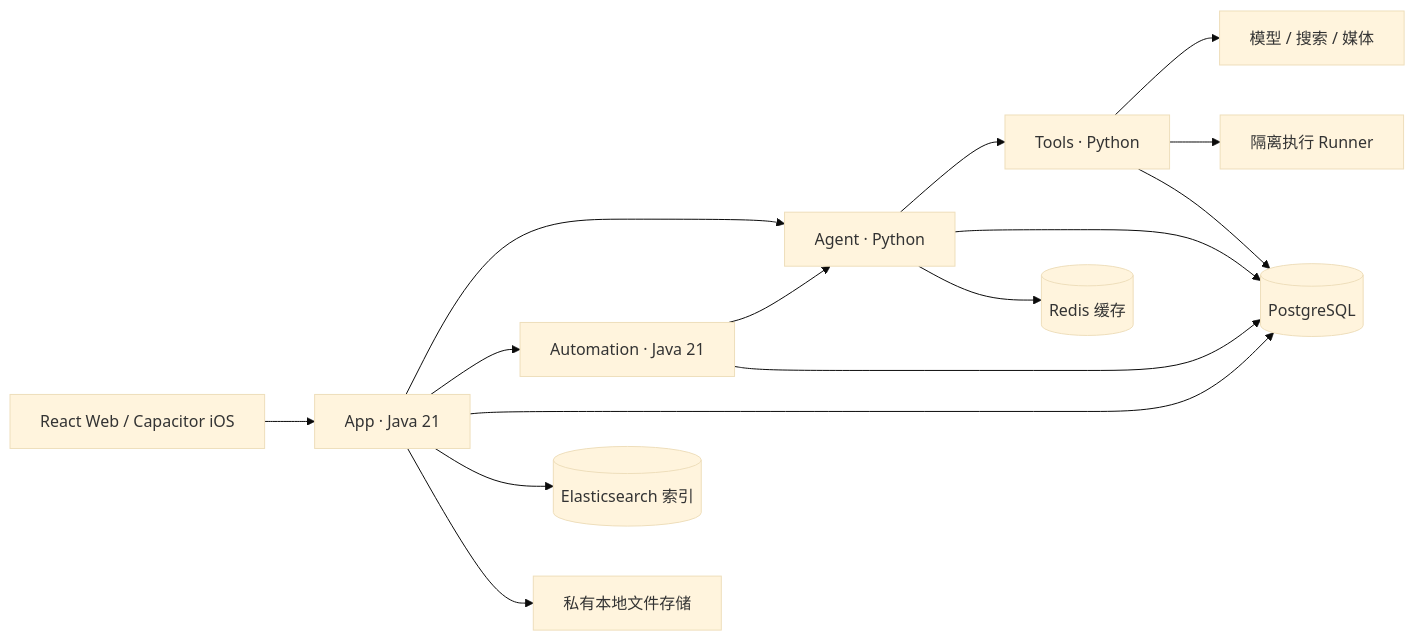
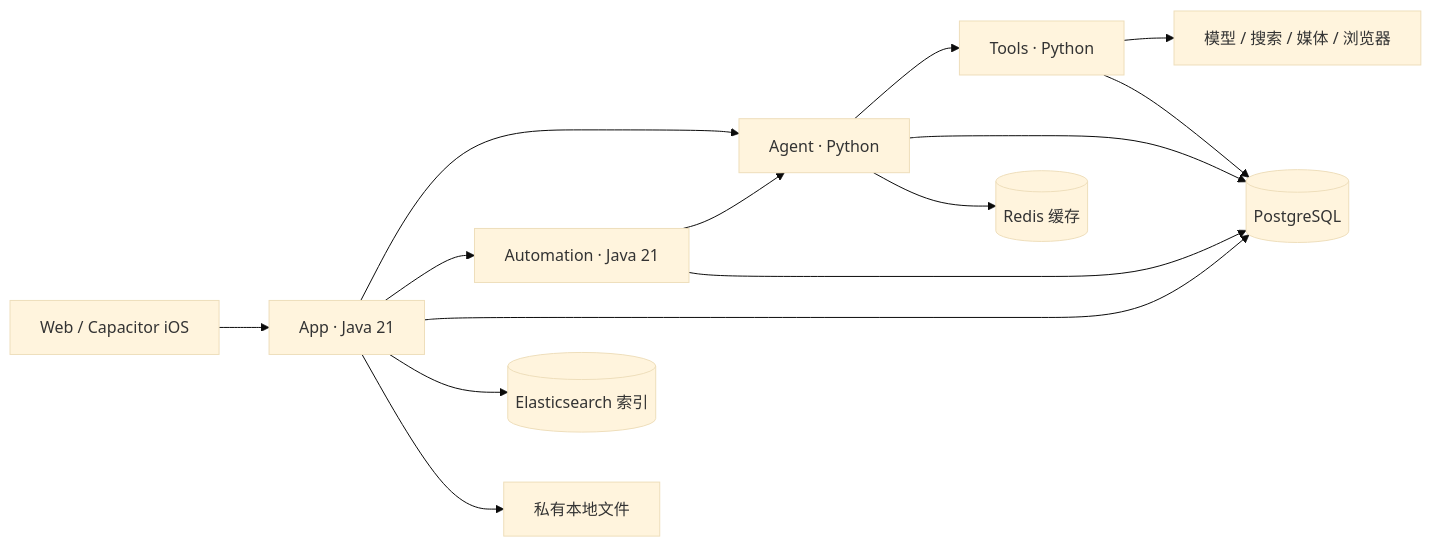
Before and after one commit to jiamingze/Adex: the diagram in README.zh-CN.md, drawn with Mermaid (base theme). The commit also changed other lines of this file and 16 other files, not shown here.

````diff
--- a/README.zh-CN.md
+++ b/README.zh-CN.md
@@ -117,17 +85,16 @@
 ```mermaid
 flowchart LR
-  UI[React Web / Capacitor iOS] --> App[App · Java 21]
+  UI[Web / Capacitor iOS] --> App[App · Java 21]
   App --> Agent[Agent · Python]
   App --> Auto[Automation · Java 21]
   Auto --> Agent
   Agent --> Tools[Tools · Python]
-  Tools --> Provider[模型 / 搜索 / 媒体]
-  Tools --> Runner[隔离执行 Runner]
+  Tools --> Providers[模型 / 搜索 / 媒体 / 浏览器]
   App --> PG[(PostgreSQL)]
   Auto --> PG
   Agent --> PG
   Tools --> PG
   Agent --> Redis[(Redis 缓存)]
   App --> ES[(Elasticsearch 索引)]
-  App --> Files[私有本地文件存储]
+  App --> Files[私有本地文件]
 ```
````
